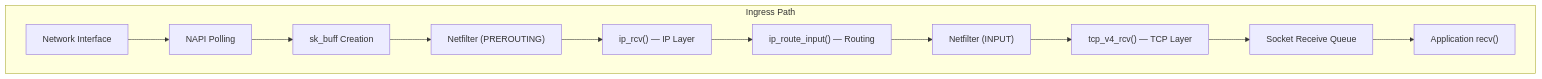
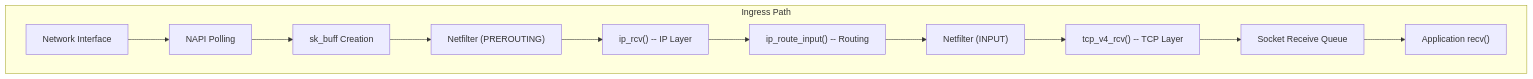
One commit to Abhinav-Kumar012/lb2 changed the ninth of 14 diagrams in src/networking/tcpip-suite.md. Above: the diagram before and after it, drawn with Mermaid. The commit also changed other lines of this file and 211 other files, not shown here.

First line of the commit message:
fix: mermaid syntax issues across 212 files

````diff
--- a/src/networking/tcpip-suite.md
+++ b/src/networking/tcpip-suite.md
@@ -486,14 +486,14 @@
 ```mermaid
 flowchart TB
     subgraph "Ingress Path"
         NIC["Network Interface"] --> NAPI["NAPI Polling"]
         NAPI --> SKB["sk_buff Creation"]
         SKB --> NETFILTER_IN["Netfilter (PREROUTING)"]
-        NETFILTER_IN --> IP_RECV["ip_rcv() — IP Layer"]
-        IP_RECV --> IP_ROUTE["ip_route_input() — Routing"]
+        NETFILTER_IN --> IP_RECV["ip_rcv() -- IP Layer"]
+        IP_RECV --> IP_ROUTE["ip_route_input() -- Routing"]
         IP_ROUTE --> NETFILTER_IN2["Netfilter (INPUT)"]
-        NETFILTER_IN2 --> TCP_RECV["tcp_v4_rcv() — TCP Layer"]
+        NETFILTER_IN2 --> TCP_RECV["tcp_v4_rcv() -- TCP Layer"]
         TCP_RECV --> SOCK_QUEUE["Socket Receive Queue"]
         SOCK_QUEUE --> APP_RECV["Application recv()"]
     end
 ```
````
